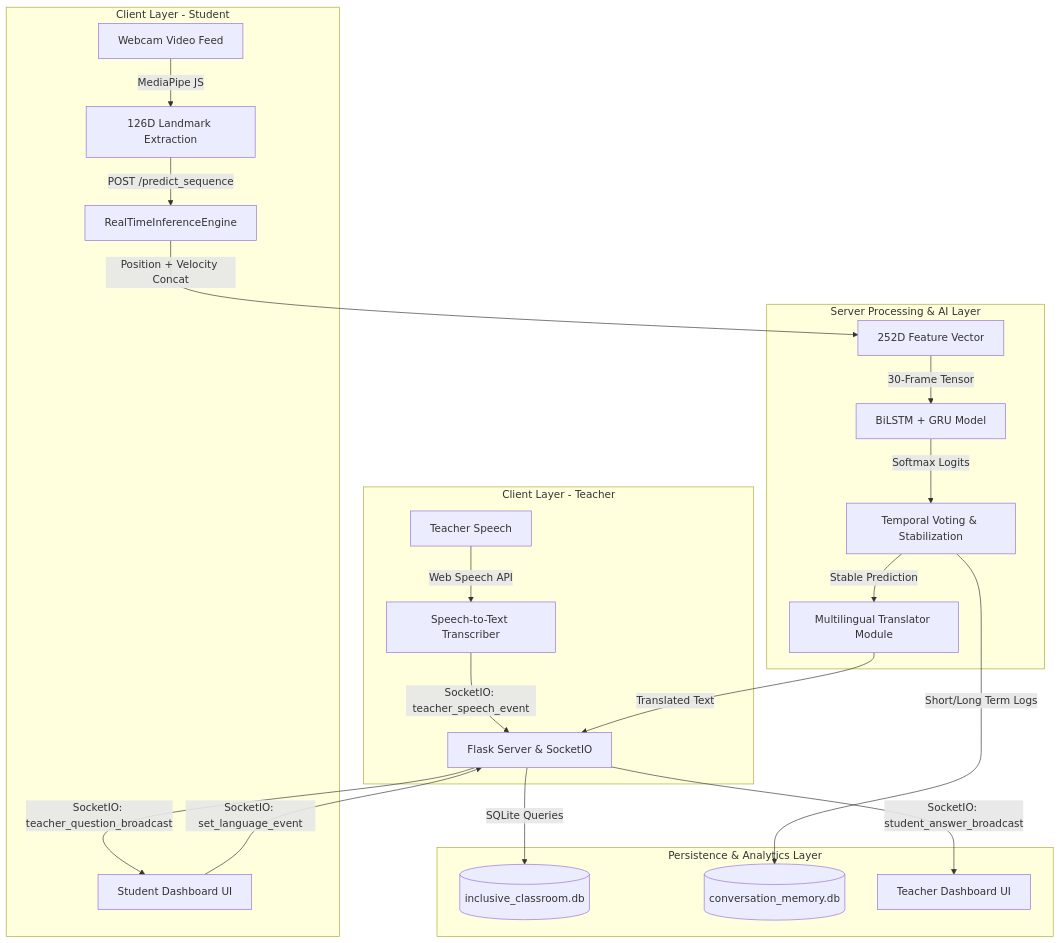
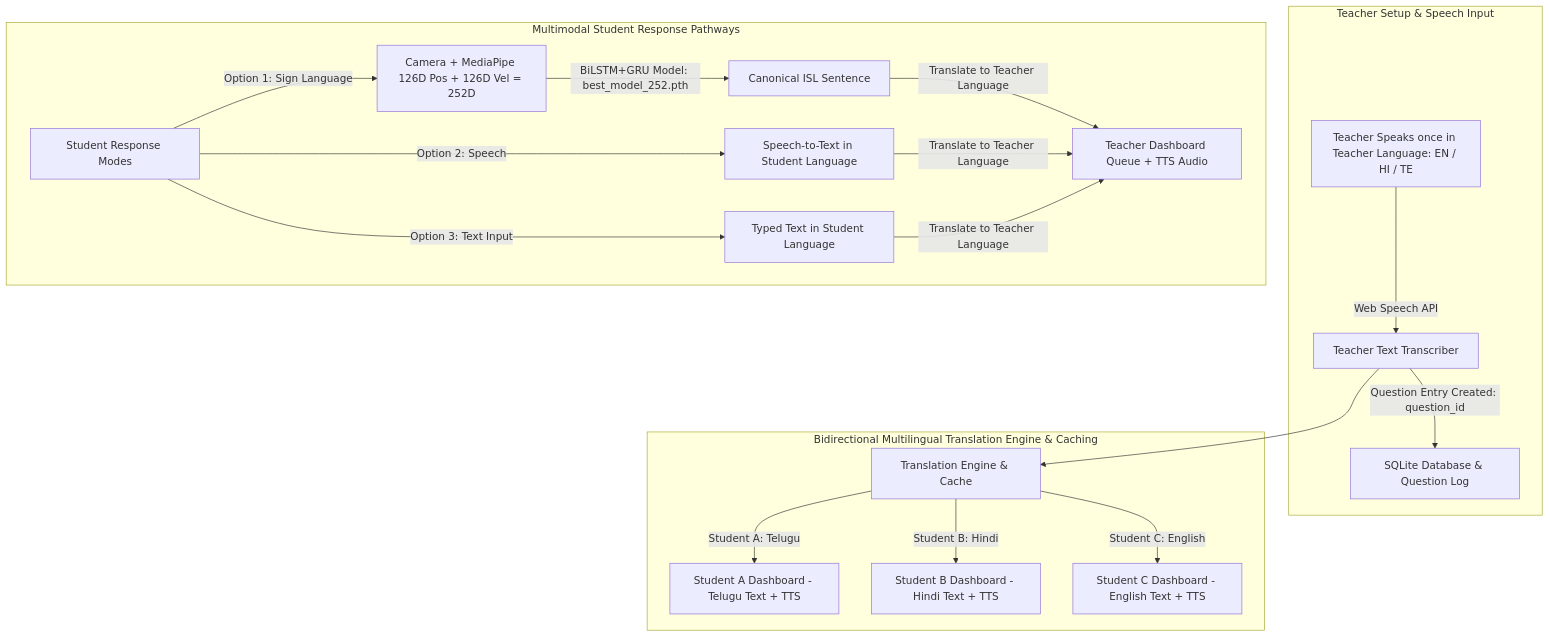
Before and after one commit to Gireesh169/SIGN_AI: the diagram in README.md, drawn with Mermaid. The commit also changed other lines of this file and 23 other files, not shown here.

````diff
--- a/README.md
+++ b/README.md
@@ -103,28 +19,26 @@
 ```mermaid
 graph TD
-    subgraph Client Layer - Teacher
-        A[Teacher Speech] -->|Web Speech API| B[Speech-to-Text Transcriber]
-        B -->|SocketIO: teacher_speech_event| C[Flask Server & SocketIO]
+    subgraph Teacher Setup & Speech Input
+        A[Teacher Speaks once in Teacher Language: EN / HI / TE] -->|Web Speech API| B[Teacher Text Transcriber]
+        B -->|Question Entry Created: question_id| C[SQLite Database & Question Log]
     end
 
-    subgraph Client Layer - Student
-        D[Webcam Video Feed] -->|MediaPipe JS| E[126D Landmark Extraction]
-        E -->|POST /predict_sequence| F[RealTimeInferenceEngine]
-        C -->|SocketIO: teacher_question_broadcast| G[Student Dashboard UI]
-        G -->|SocketIO: set_language_event| C
+    subgraph Bidirectional Multilingual Translation Engine & Caching
+        B --> D[Translation Engine & Cache]
+        D -->|Student A: Telugu| E[Student A Dashboard - Telugu Text + TTS]
+        D -->|Student B: Hindi| F[Student B Dashboard - Hindi Text + TTS]
+        D -->|Student C: English| G[Student C Dashboard - English Text + TTS]
     end
 
-    subgraph Server Processing & AI Layer
-        F -->|Position + Velocity Concat| H[252D Feature Vector]
-        H -->|30-Frame Tensor| I[BiLSTM + GRU Model]
-        I -->|Softmax Logits| J[Temporal Voting & Stabilization]
-        J -->|Stable Prediction| K[Multilingual Translator Module]
-        K -->|Translated Text| C
-    end
+    subgraph Multimodal Student Response Pathways
+        H[Student Response Modes] -->|Option 1: Sign Language| I[Camera + MediaPipe 126D Pos + 126D Vel = 252D]
+        I -->|BiLSTM+GRU Model: best_model_252.pth| J[Canonical ISL Sentence]
+        
+        H -->|Option 2: Speech| K[Speech-to-Text in Student Language]
+        H -->|Option 3: Text Input| L[Typed Text in Student Language]
 
-    subgraph Persistence & Analytics Layer
-        C -->|SQLite Queries| L[(inclusive_classroom.db)]
-        J -->|Short/Long Term Logs| M[(conversation_memory.db)]
-        C -->|SocketIO: student_answer_broadcast| N[Teacher Dashboard UI]
+        J -->|Translate to Teacher Language| M[Teacher Dashboard Queue + TTS Audio]
+        K -->|Translate to Teacher Language| M
+        L -->|Translate to Teacher Language| M
     end
 ```
````
